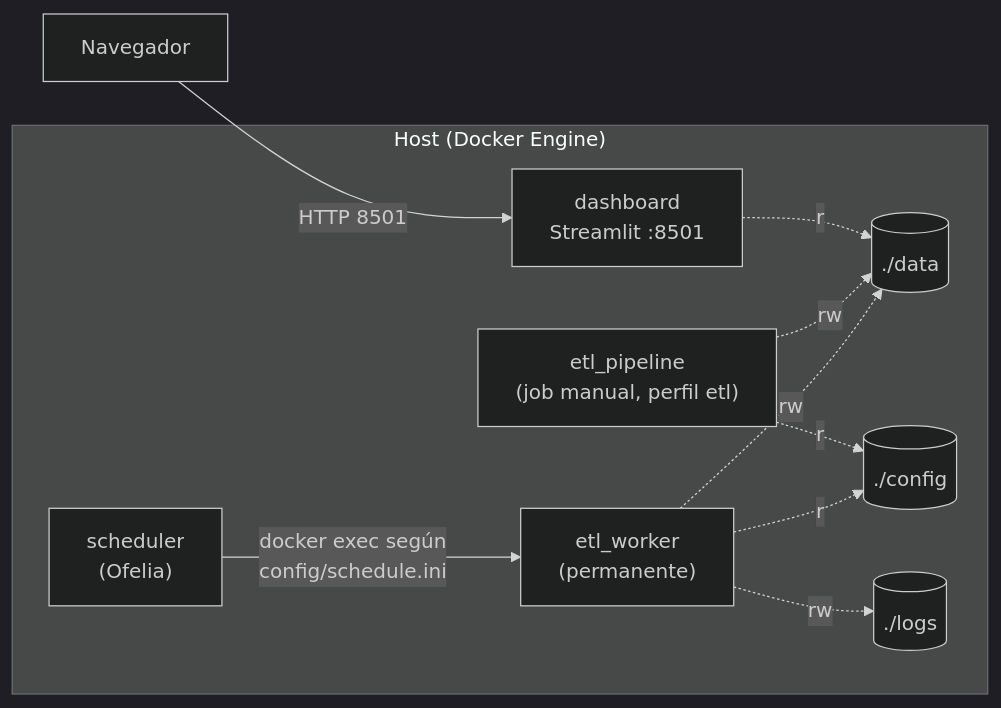
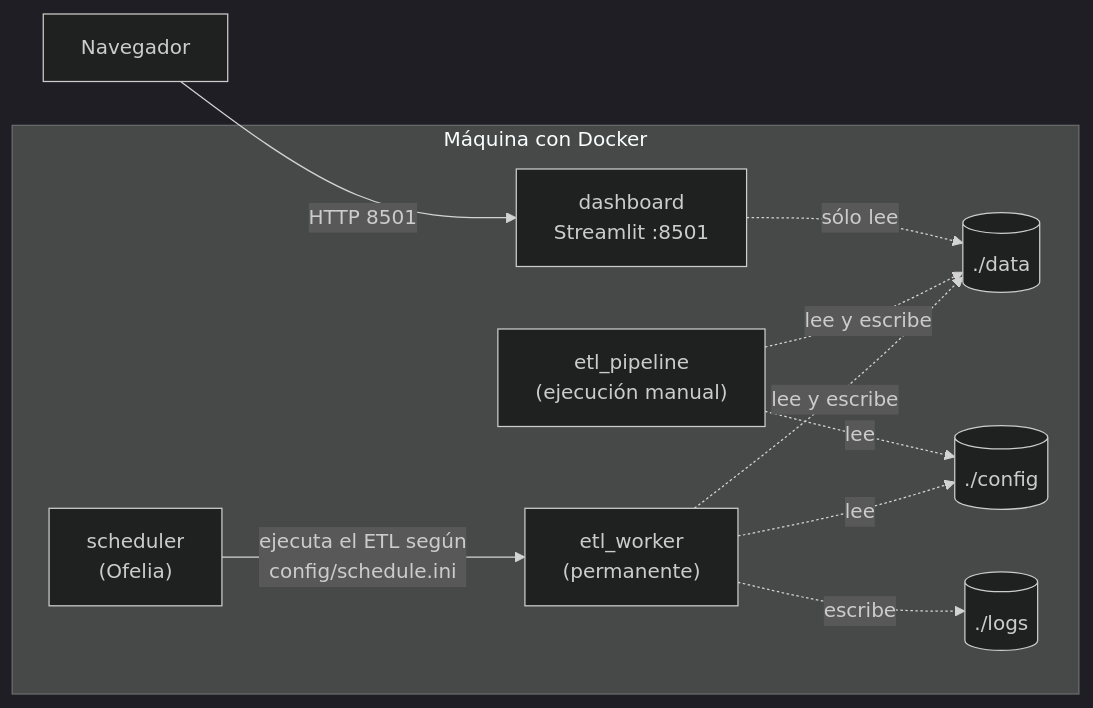
Before and after one commit to marcoeferro/SYNGAS-OPTIMIA-HV: the diagram in docs/04_arquitectura/despliegue.md, drawn with Mermaid (dark theme). The commit also changed other lines of this file and 4 other files, not shown here.

````diff
--- a/docs/04_arquitectura/despliegue.md
+++ b/docs/04_arquitectura/despliegue.md
@@ -3,20 +9,20 @@
 ```mermaid
 graph LR
-    subgraph Host["Host (Docker Engine)"]
+    subgraph Host["Máquina con Docker"]
         SCH["scheduler<br/>(Ofelia)"]
         W["etl_worker<br/>(permanente)"]
-        J["etl_pipeline<br/>(job manual, perfil etl)"]
+        J["etl_pipeline<br/>(ejecución manual)"]
         DASH["dashboard<br/>Streamlit :8501"]
         V1[("./data")]
         V2[("./config")]
         V3[("./logs")]
     end
     U[Navegador] -->|HTTP 8501| DASH
-    SCH -->|"docker exec según<br/>config/schedule.ini"| W
-    W -.rw.-> V1
-    J -.rw.-> V1
-    W -.ro.-> V2
-    J -.ro.-> V2
-    W -.rw.-> V3
-    DASH -.ro.-> V1
+    SCH -->|"ejecuta el ETL según<br/>config/schedule.ini"| W
+    W -.lee y escribe.-> V1
+    J -.lee y escribe.-> V1
+    W -.lee.-> V2
+    J -.lee.-> V2
+    W -.escribe.-> V3
+    DASH -.sólo lee.-> V1
 ```
````
